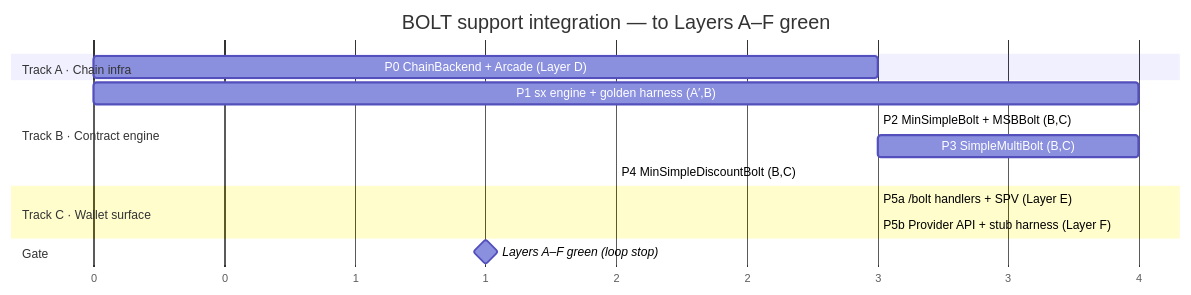
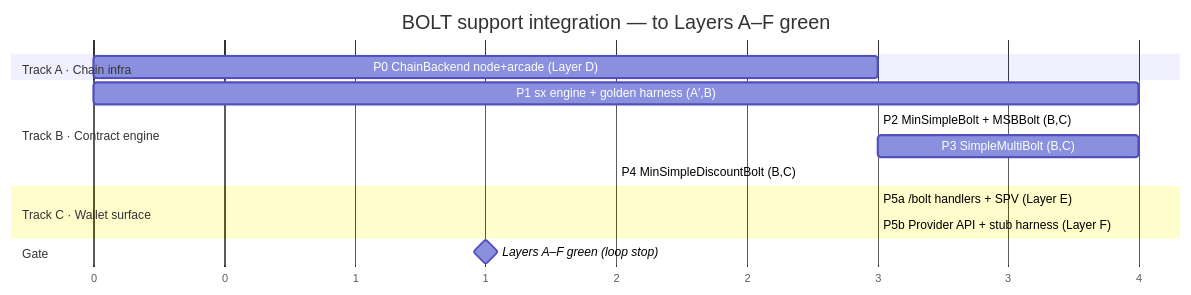
One commit to F1r3Hydr4nt/Hodos-Browser changed the diagram in development-docs/BOLT/BOLT-integration-plan.md. Above: the diagram before and after it, drawn with Mermaid. The commit also changed other lines of this file, not shown here.

First line of the commit message:
docs(bolt): make ChainBackend configurable; default local-node regtest first

````diff
--- a/development-docs/BOLT/BOLT-integration-plan.md
+++ b/development-docs/BOLT/BOLT-integration-plan.md
@@ -65,18 +72,18 @@
 ```mermaid
 gantt
     title BOLT support integration — to Layers A–F green
     dateFormat X
     axisFormat %s
     section Track A · Chain infra
-    P0 ChainBackend + Arcade (Layer D)       :a0, 0, 3
+    P0 ChainBackend node+arcade (Layer D)    :a0, 0, 3
     section Track B · Contract engine
     P1 sx engine + golden harness (A′,B)     :b1, 0, 4
     P2 MinSimpleBolt + MSBBolt (B,C)         :b2, after b1, 3
     P3 SimpleMultiBolt (B,C)                 :b3, after b2, 4
     P4 MinSimpleDiscountBolt (B,C)           :b4, after b2, 2
     section Track C · Wallet surface
     P5a /bolt handlers + SPV (Layer E)       :c1, after a0 b3 b4, 3
     P5b Provider API + stub harness (Layer F):c2, after c1, 3
     section Gate
     Layers A–F green (loop stop)             :milestone, m1, after c2, 0
 ```
````
